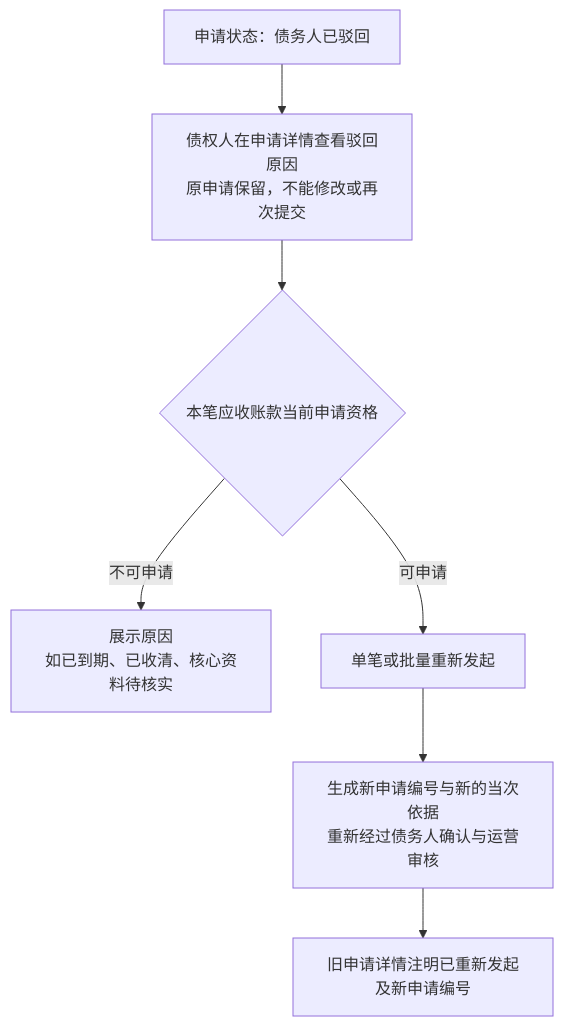
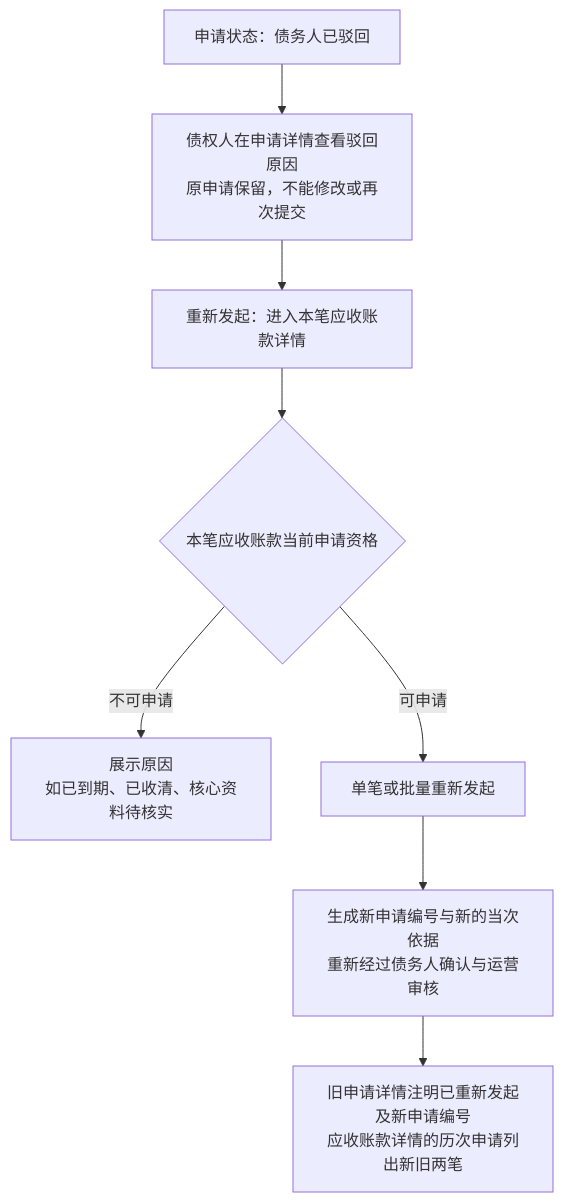
The fourth of 4 diagrams in asset-trust-platform/PRD/企业端/M7a-应收查看与确权申请/02-应收查看与确权申请-流程图与状态机.md (wxblockchain/Chain-Financing), drawn with Mermaid before and after one commit. The commit also changed other lines of this file and 4 other files, not shown here.

````diff
--- a/asset-trust-platform/PRD/企业端/M7a-应收查看与确权申请/02-应收查看与确权申请-流程图与状态机.md
+++ b/asset-trust-platform/PRD/企业端/M7a-应收查看与确权申请/02-应收查看与确权申请-流程图与状态机.md
@@ -78,9 +78,10 @@
 ```mermaid
 flowchart TD
     A[申请状态：债务人已驳回] --> B[债权人在申请详情查看驳回原因<br/>原申请保留，不能修改或再次提交]
-    B --> C{本笔应收账款当前申请资格}
+    B --> B1[重新发起：进入本笔应收账款详情]
+    B1 --> C{本笔应收账款当前申请资格}
     C -->|不可申请| C1[展示原因<br/>如已到期、已收清、核心资料待核实]
     C -->|可申请| D[单笔或批量重新发起]
     D --> E[生成新申请编号与新的当次依据<br/>重新经过债务人确认与运营审核]
-    E --> F[旧申请详情注明已重新发起及新申请编号]
+    E --> F[旧申请详情注明已重新发起及新申请编号<br/>应收账款详情的历次申请列出新旧两笔]
 ```
````
